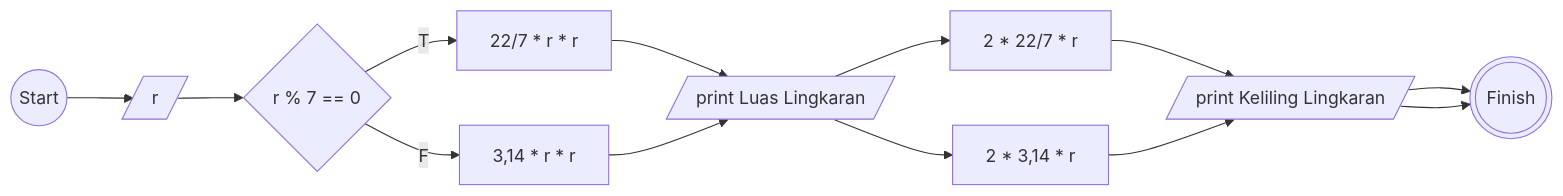
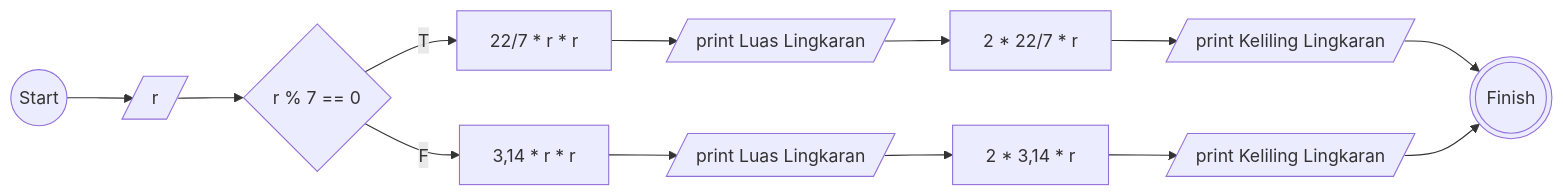
The second of 2 diagrams in README.md (aldi-ardyansah/koda-b10-algoritma), drawn with Mermaid before and after one commit.

````diff
--- a/README.md
+++ b/README.md
@@ -42,11 +42,11 @@
 ```mermaid
 flowchart LR
     A((Start)) --> B[/r/]
-    B[/r/] --> C{r % 7 == 0}
-    C{r % 7 == 0} --T--> D[22/7 * r * r] --> F[/print Luas Lingkaran/]
-    C{r % 7 == 0} --F--> E[3,14 * r * r] --> F[/print Luas Lingkaran/]
-    F[/print Luas Lingkaran/] --> G[2 * 22/7 * r]
-    F[/print Luas Lingkaran/] --> H[2 * 3,14 * r]
-    G[2 * 22/7 * r] --> I[/print Keliling Lingkaran/] --> J(((Finish)))
-    H[2 * 3,14 * r] --> I[/print Keliling Lingkaran/] --> J(((Finish)))
+    B --> C{r % 7 == 0}
+    C --T--> D[22/7 * r * r] --> F[/print Luas Lingkaran/]
+    C --F--> E[3,14 * r * r] --> G[/print Luas Lingkaran/]
+    F[/print Luas Lingkaran/] --> H[2 * 22/7 * r]
+    G[/print Luas Lingkaran/] --> I[2 * 3,14 * r]
+    H --> J[/print Keliling Lingkaran/] --> L(((Finish)))
+    I --> K[/print Keliling Lingkaran/] --> L(((Finish)))
 ```
````
